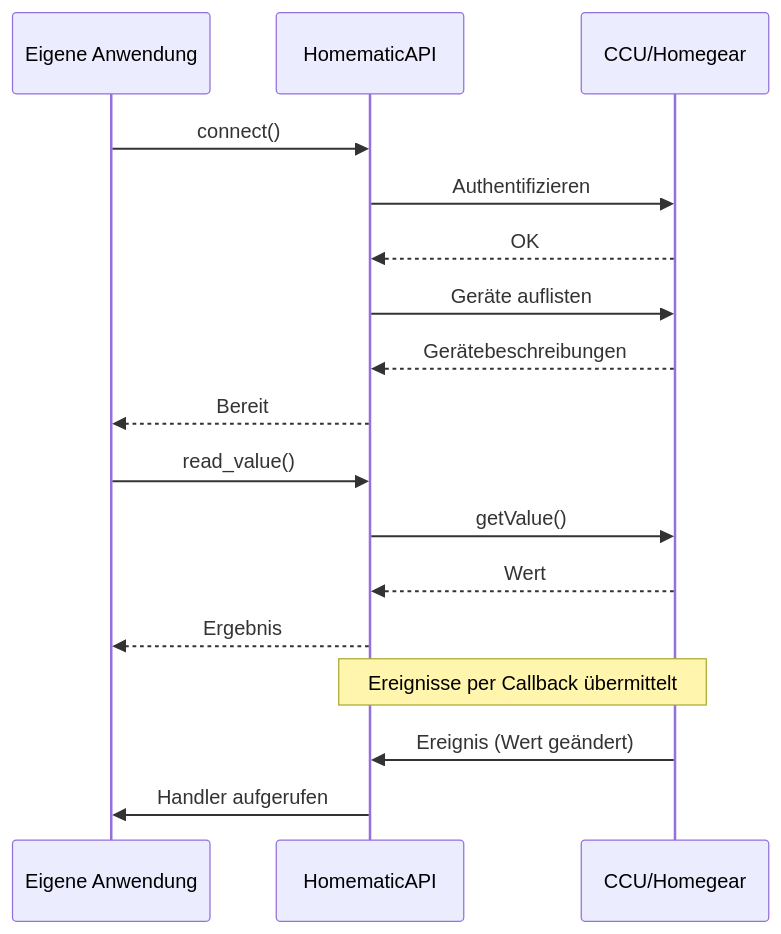
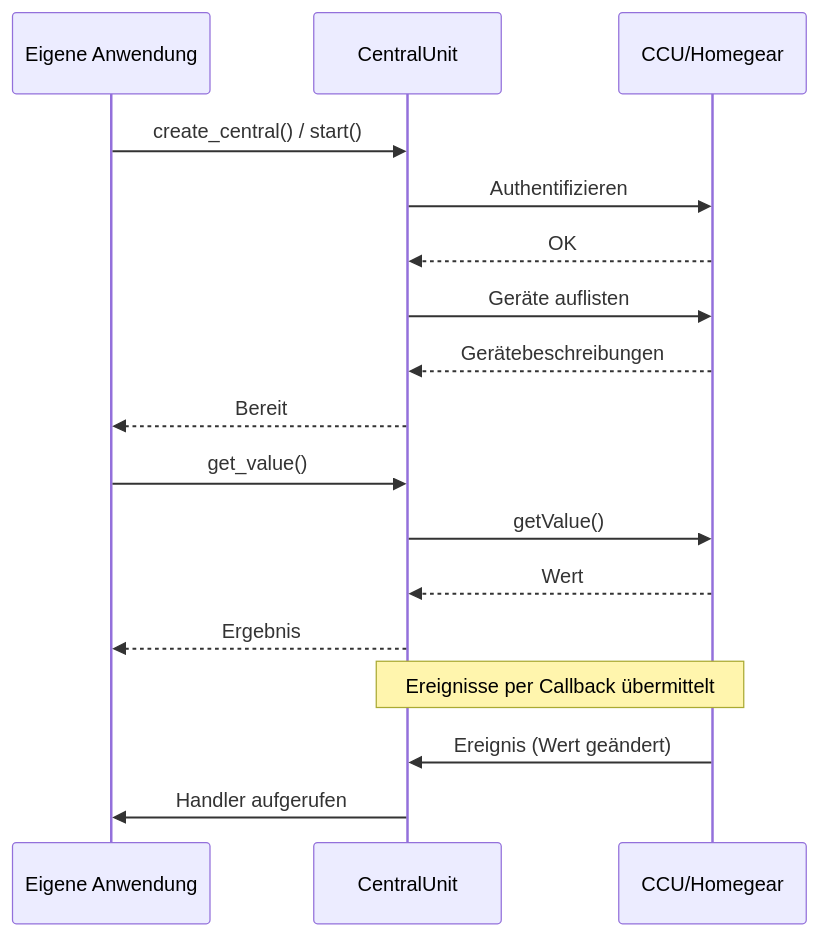
One commit to SukramJ/aiohomematic changed the diagram in docs/quickstart.de.md. Above: the diagram before and after it, drawn with Mermaid. The commit also changed other lines of this file and 105 other files, not shown here.

````diff
--- a/docs/quickstart.de.md
+++ b/docs/quickstart.de.md
@@ -13,22 +13,22 @@
 ```mermaid
 sequenceDiagram
     participant App as Eigene Anwendung
-    participant API as HomematicAPI
+    participant Central as CentralUnit
     participant CCU as CCU/Homegear
 
-    App->>API: connect()
-    API->>CCU: Authentifizieren
-    CCU-->>API: OK
-    API->>CCU: Geräte auflisten
-    CCU-->>API: Gerätebeschreibungen
-    API-->>App: Bereit
+    App->>Central: create_central() / start()
+    Central->>CCU: Authentifizieren
+    CCU-->>Central: OK
+    Central->>CCU: Geräte auflisten
+    CCU-->>Central: Gerätebeschreibungen
+    Central-->>App: Bereit
 
-    App->>API: read_value()
-    API->>CCU: getValue()
-    CCU-->>API: Wert
-    API-->>App: Ergebnis
+    App->>Central: get_value()
+    Central->>CCU: getValue()
+    CCU-->>Central: Wert
+    Central-->>App: Ergebnis
 
-    Note over CCU,API: Ereignisse per Callback übermittelt
-    CCU->>API: Ereignis (Wert geändert)
-    API->>App: Handler aufgerufen
+    Note over CCU,Central: Ereignisse per Callback übermittelt
+    CCU->>Central: Ereignis (Wert geändert)
+    Central->>App: Handler aufgerufen
 ```
````
